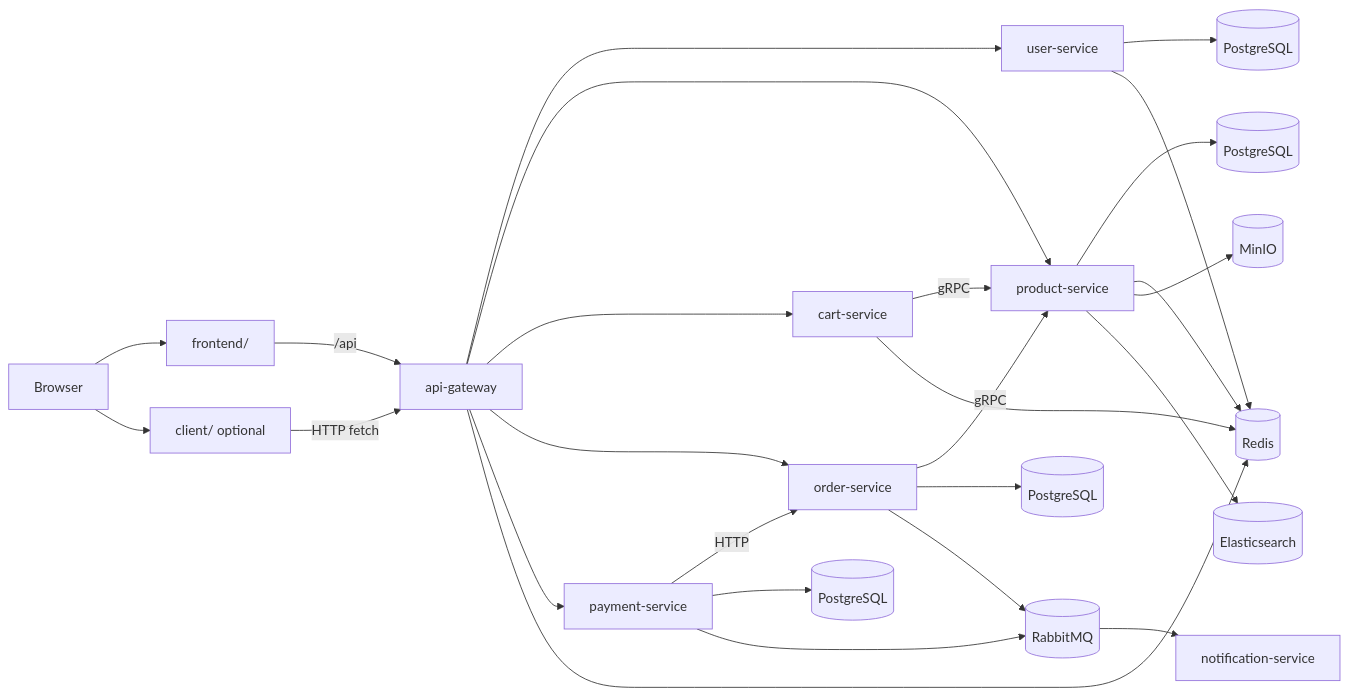
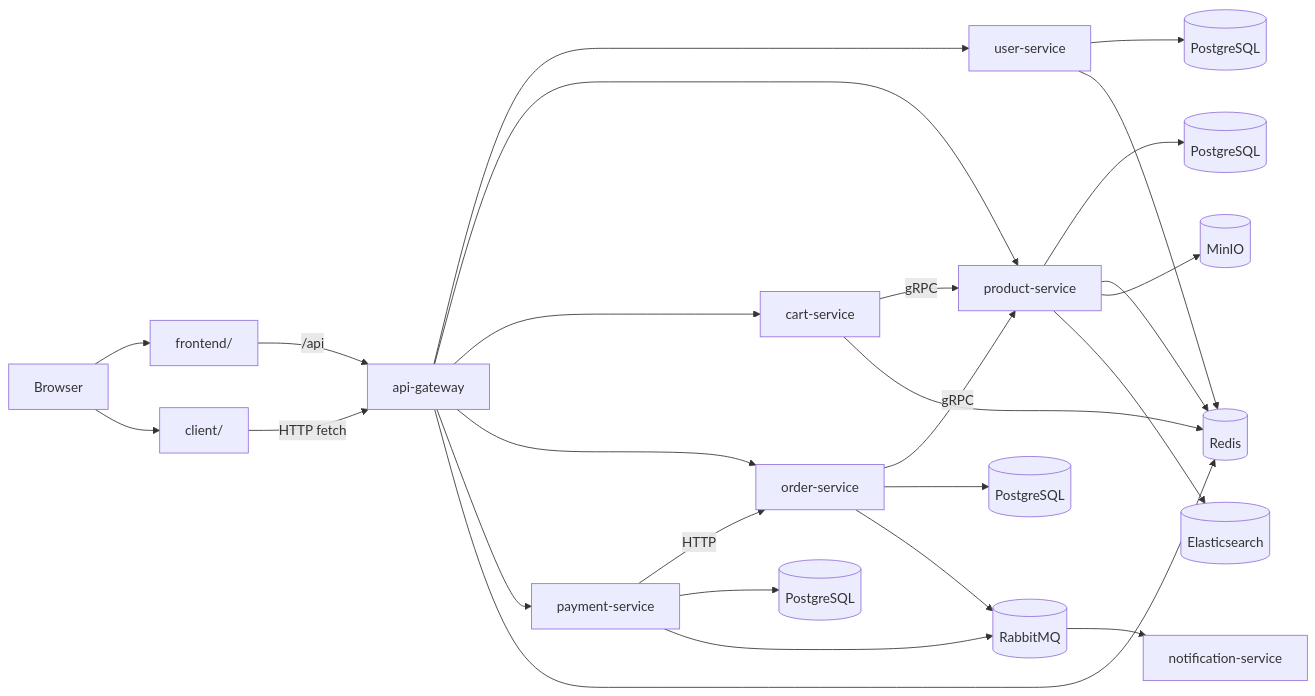
Before and after one commit to NguyenDung278/E-CommerceMicroservicesPlatform: the first of 3 diagrams in LOGIC_FLOW.md, drawn with Mermaid. The commit also changed other lines of this file and 132 other files, not shown here.

````diff
--- a/LOGIC_FLOW.md
+++ b/LOGIC_FLOW.md
@@ -33,34 +33,34 @@
 ```mermaid
 flowchart LR
     Browser --> Frontend[frontend/]
-    Browser --> Client[client/ optional]
+    Browser --> Client[client/]
 
     Frontend -->|/api| Gateway[api-gateway]
     Client -->|HTTP fetch| Gateway
 
     Gateway --> User[user-service]
     Gateway --> Product[product-service]
     Gateway --> Cart[cart-service]
     Gateway --> Order[order-service]
     Gateway --> Payment[payment-service]
 
     Cart -->|gRPC| Product
     Order -->|gRPC| Product
     Payment -->|HTTP| Order
 
     User --> UserDB[(PostgreSQL)]
     Product --> ProductDB[(PostgreSQL)]
     Order --> OrderDB[(PostgreSQL)]
     Payment --> PaymentDB[(PostgreSQL)]
 
     Cart --> Redis[(Redis)]
     Gateway --> Redis
     User --> Redis
     Product --> Redis
     Order --> Rabbit[(RabbitMQ)]
     Payment --> Rabbit
     Rabbit --> Notification[notification-service]
 
     Product --> MinIO[(MinIO)]
     Product --> Elastic[(Elasticsearch)]
 ```
````
